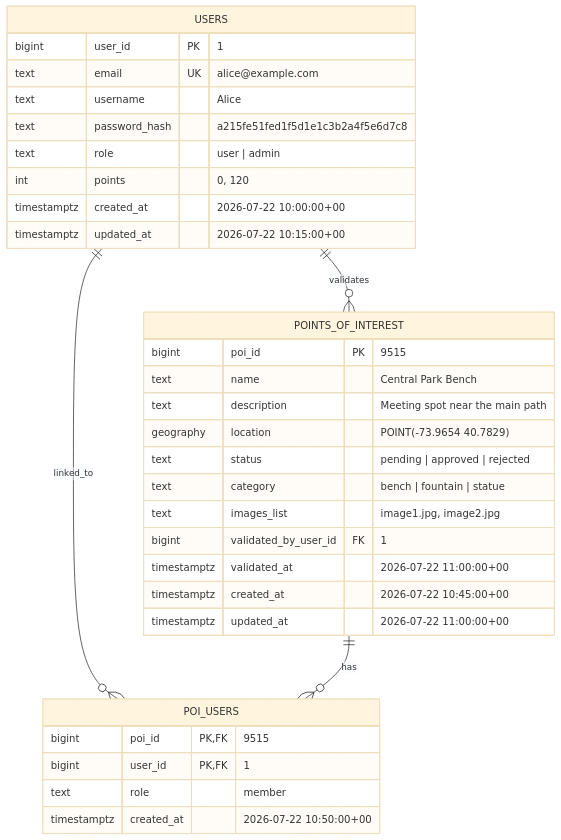
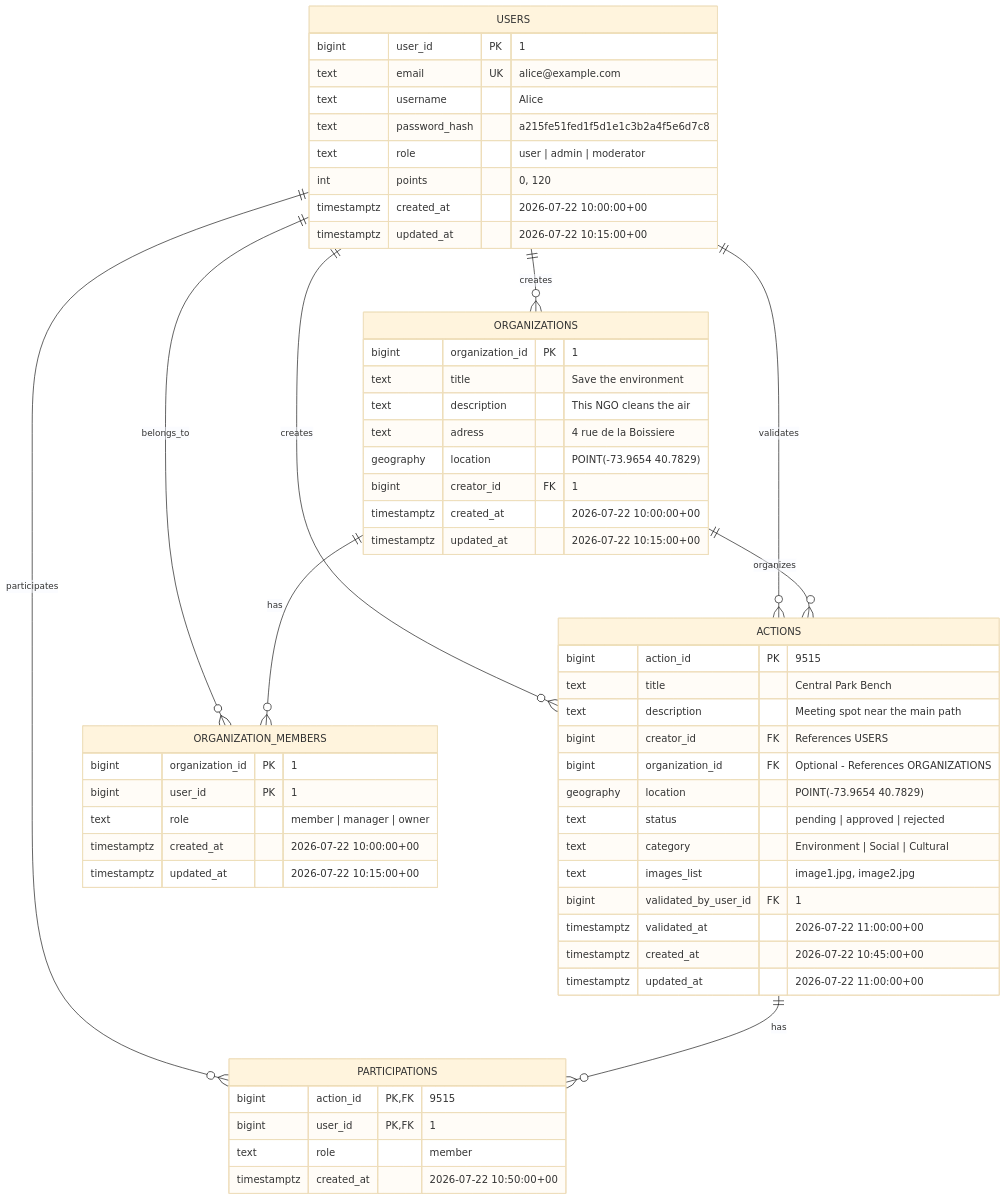
Before and after one commit to Pioupiounade/Transcendance: the diagram in Docs/database.md, drawn with Mermaid (base theme). The commit also changed other lines of this file and 1 other file, not shown here.

Commit message:
modif database - ajout de nouvelles tables

````diff
--- a/Docs/database.md
+++ b/Docs/database.md
@@ -5,38 +5,66 @@
 ```mermaid
 erDiagram
-	USERS ||--o{ POI_USERS : linked_to
-	USERS ||--o{ POINTS_OF_INTEREST : validates
-	POINTS_OF_INTEREST ||--o{ POI_USERS : has
+    USERS ||--o{ ACTIONS : creates
+    USERS ||--o{ ACTIONS : validates
+    USERS ||--o{ PARTICIPATIONS : participates
+    ACTIONS ||--o{ PARTICIPATIONS : has
+
+    USERS ||--o{ ORGANIZATIONS : creates
+    USERS ||--o{ ORGANIZATION_MEMBERS : belongs_to
+    ORGANIZATIONS ||--o{ ORGANIZATION_MEMBERS : has
+    ORGANIZATIONS ||--o{ ACTIONS : organizes
 
 	USERS {
 		bigint user_id PK "1"
 		text email UK "alice@example.com"
 		text username "Alice"
 		text password_hash "a215fe51fed1f5d1e1c3b2a4f5e6d7c8"
-		text role "user | admin"
+		text role "user | admin | moderator"
 		int points "0, 120"
 		timestamptz created_at "2026-07-22 10:00:00+00"
 		timestamptz updated_at "2026-07-22 10:15:00+00"
 	}
 
-	POINTS_OF_INTEREST {
-		bigint poi_id PK "9515"
-		text name "Central Park Bench"
+	ACTIONS {
+		bigint action_id PK "9515"
+		text title "Central Park Bench"
 		text description "Meeting spot near the main path"
+        bigint creator_id FK "References USERS"
+        bigint organization_id FK "Optional - References ORGANIZATIONS"
 		geography location "POINT(-73.9654 40.7829)"
 		text status "pending | approved | rejected"
-		text category "bench | fountain | statue"
+		text category "Environment | Social | Cultural"
 		text images_list "image1.jpg, image2.jpg"
 		bigint validated_by_user_id FK "1"
 		timestamptz validated_at "2026-07-22 11:00:00+00"
 		timestamptz created_at "2026-07-22 10:45:00+00"
 		timestamptz updated_at "2026-07-22 11:00:00+00"
 	}
 
-	POI_USERS {
-		bigint poi_id PK, FK "9515"
+	PARTICIPATIONS {
+		bigint action_id PK, FK "9515"
 		bigint user_id PK, FK "1"
 		text role "member"
 		timestamptz created_at "2026-07-22 10:50:00+00"
 	}
+
+	ORGANIZATIONS {
+		bigint organization_id PK "1"
+		text title "Save the environment"
+		text description "This NGO cleans the air"
+		text adress "4 rue de la Boissiere"
+		geography location "POINT(-73.9654 40.7829)"
+		bigint creator_id FK "1"
+		timestamptz created_at "2026-07-22 10:00:00+00"
+		timestamptz updated_at "2026-07-22 10:15:00+00"
+	}
+
+	ORGANIZATION_MEMBERS {
+		bigint organization_id PK "1"
+		bigint user_id PK "1"
+		text role "member | manager | owner"
+		timestamptz created_at "2026-07-22 10:00:00+00"
+		timestamptz updated_at "2026-07-22 10:15:00+00"
+	}
+
 ```
````
